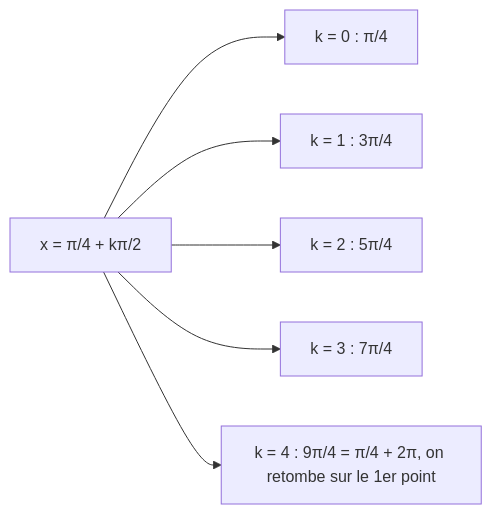
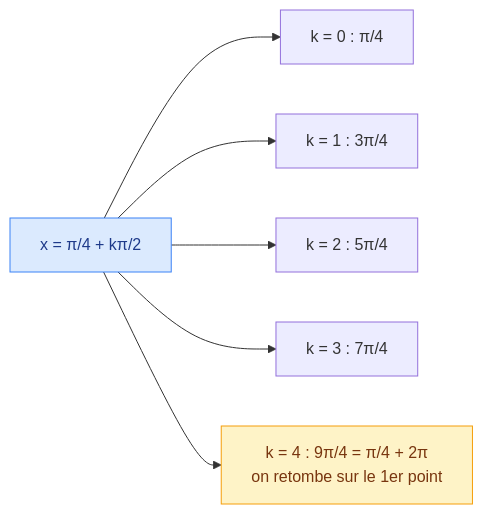
The second of 2 diagrams in maths/algebre/05-equations-trigonometriques.md (GoobyWoobies/HEIA-IT), drawn with Mermaid before and after one commit. The commit also changed other lines of this file and 16 other files, not shown here.

````diff
--- a/maths/algebre/05-equations-trigonometriques.md
+++ b/maths/algebre/05-equations-trigonometriques.md
@@ -216,8 +1199,11 @@
 ```mermaid
 flowchart LR
     A["x = π/4 + kπ/2"] --> B["k = 0 : π/4"]
     A --> C["k = 1 : 3π/4"]
     A --> D["k = 2 : 5π/4"]
     A --> E["k = 3 : 7π/4"]
-    A --> F["k = 4 : 9π/4 = π/4 + 2π, on retombe sur le 1er point"]
+    A --> F["k = 4 : 9π/4 = π/4 + 2π<br/>on retombe sur le 1er point"]
+
+    style A fill:#dbeafe,stroke:#3b82f6,color:#1e3a8a
+    style F fill:#fef3c7,stroke:#f59e0b,color:#78350f
 ```
````
